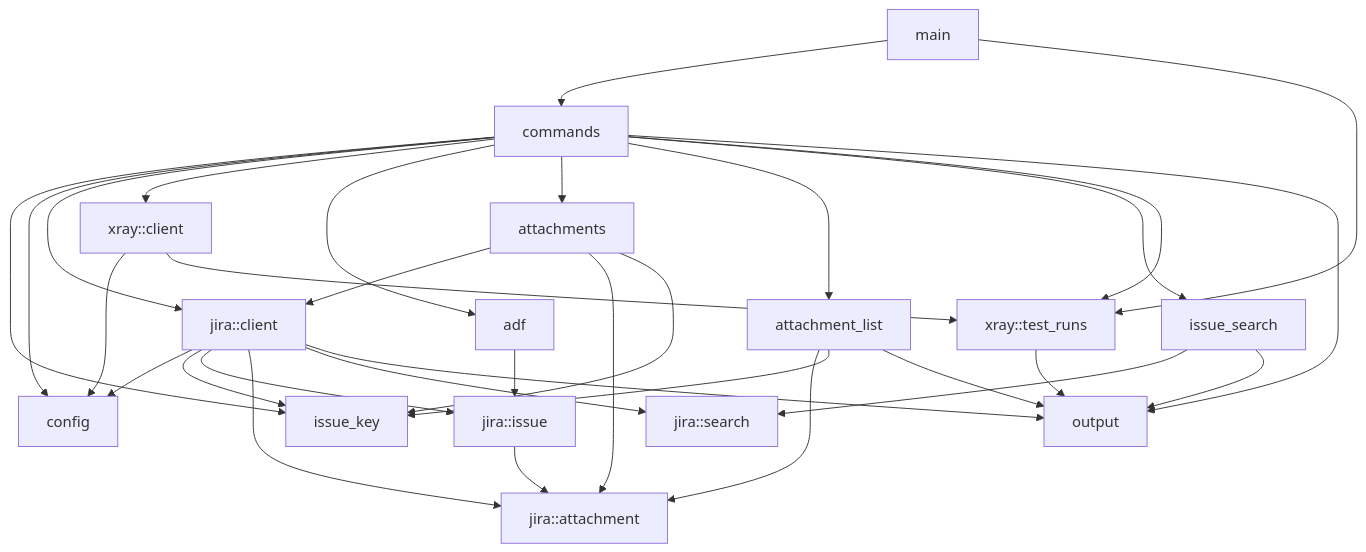
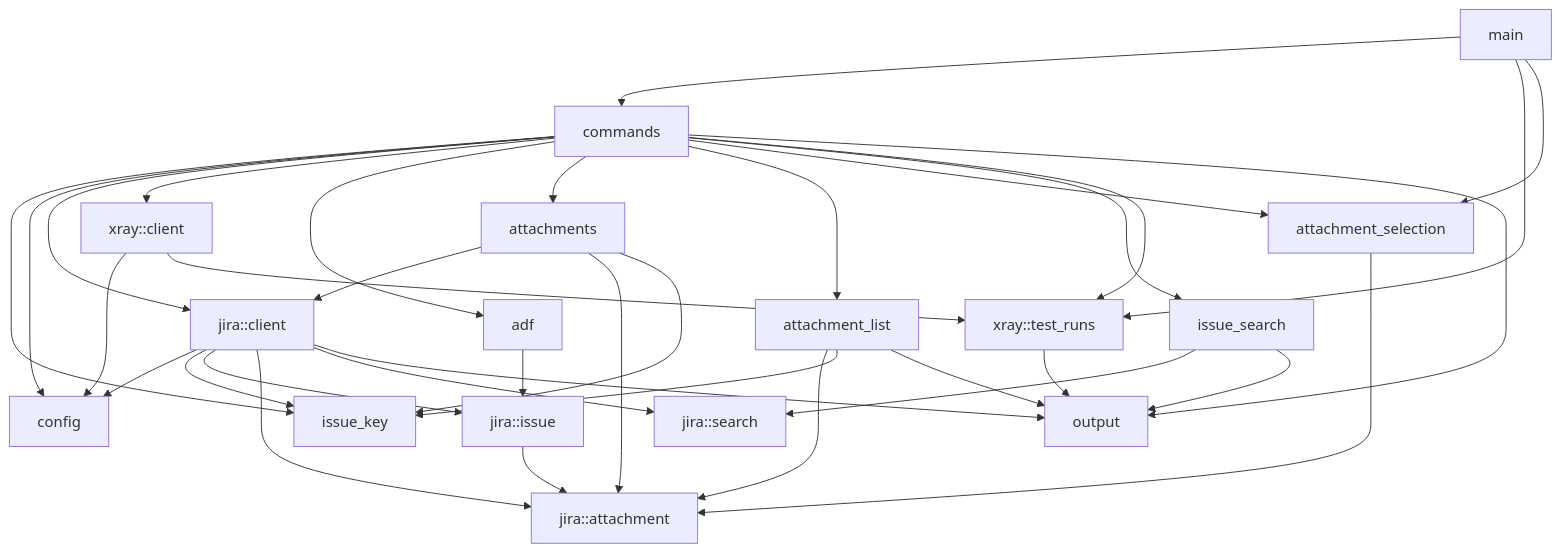
Before and after one commit to remshams/jira-adapter: the second of 2 diagrams in docs/architecture.md, drawn with Mermaid. The commit also changed other lines of this file and 1 other file, not shown here.

First line of the commit message:
docs(Architecture): document attachment selection filters

````diff
--- a/docs/architecture.md
+++ b/docs/architecture.md
@@ -118,34 +121,37 @@
 ```mermaid
 flowchart TD
     Main[main] --> Commands[commands]
     Main --> TestRuns[xray::test_runs]
+    Main --> AttachmentSelection[attachment_selection]
     Commands --> IssueKey[issue_key]
     Commands --> Config[config]
     Commands --> JiraClient[jira::client]
     Commands --> XrayClient[xray::client]
     Commands --> Adf[adf]
     Commands --> Attachments[attachments]
     Commands --> AttachmentList[attachment_list]
+    Commands --> AttachmentSelection
     Commands --> IssueSearch[issue_search]
     Commands --> TestRuns
     Commands --> Output[output]
     Adf --> JiraModels[jira::issue]
     Attachments --> JiraClient
     Attachments --> JiraAttachment[jira::attachment]
     Attachments --> IssueKey
     IssueSearch --> JiraSearch[jira::search]
     AttachmentList --> JiraAttachment
+    AttachmentSelection --> JiraAttachment
     AttachmentList --> IssueKey
     AttachmentList --> Output
     IssueSearch --> Output
     JiraClient --> Config
     JiraClient --> IssueKey
     JiraClient --> JiraModels
     JiraModels --> JiraAttachment
     JiraClient --> JiraAttachment
     JiraClient --> JiraSearch
     JiraClient --> Output
     XrayClient --> Config
     XrayClient --> TestRuns
     TestRuns --> Output
 ```
````
